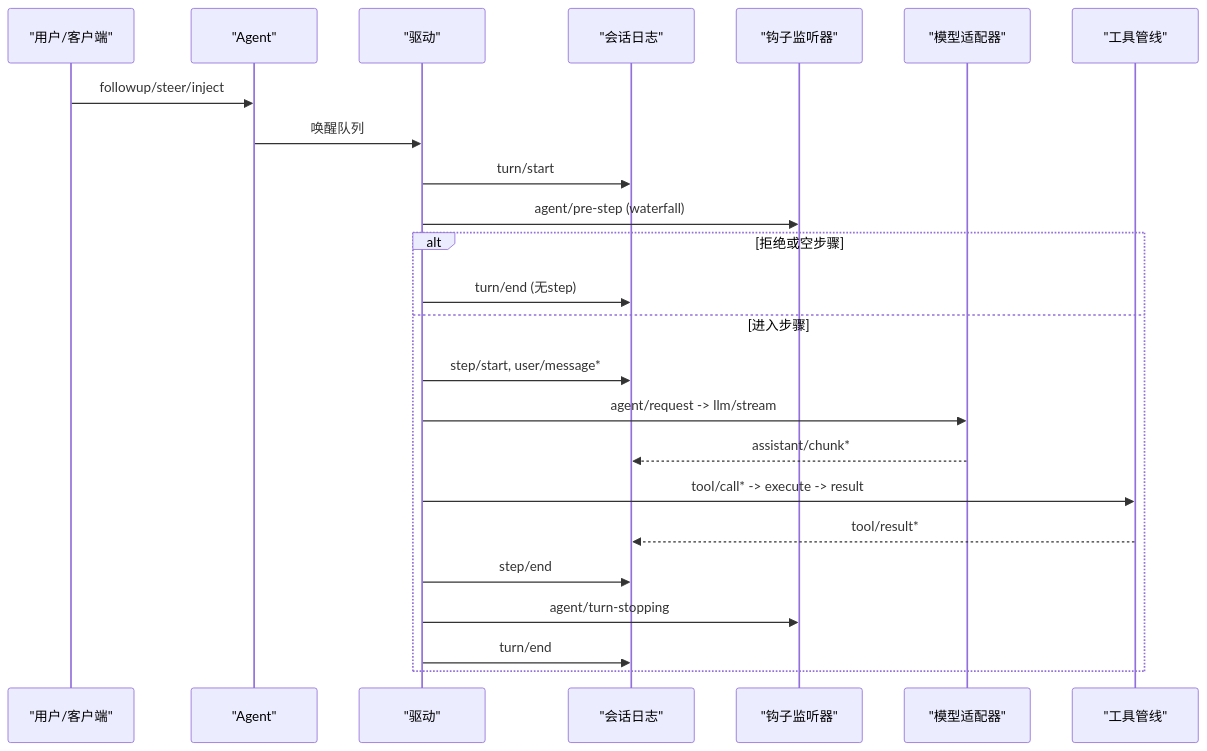
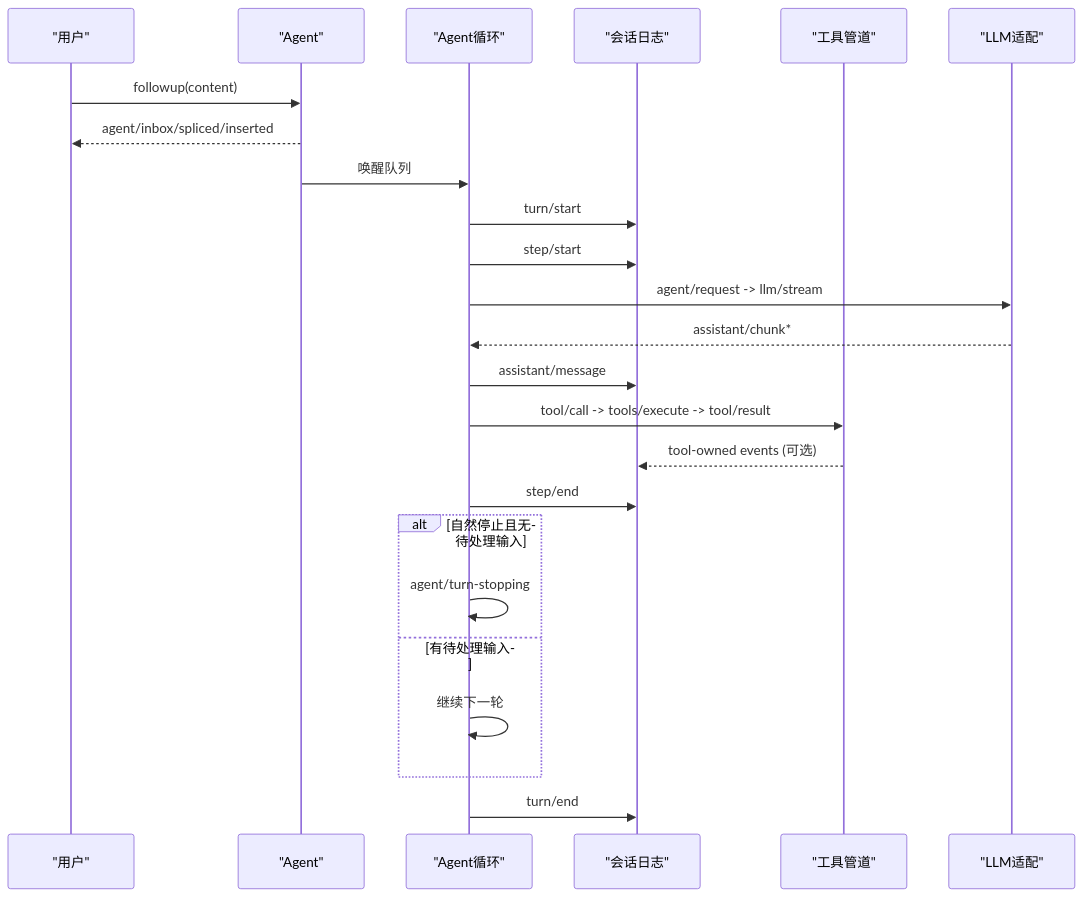
One commit to frendyxzc/deepseek-harness changed the fourth of 8 diagrams in .qoder/repowiki/zh/content/架构设计/架构设计.md. Above: the diagram before and after it, drawn with Mermaid. The commit also changed other lines of this file and 448 other files, not shown here.

````diff
--- a/.qoder/repowiki/zh/content/架构设计/架构设计.md
+++ b/.qoder/repowiki/zh/content/架构设计/架构设计.md
@@ -171,26 +165,26 @@
 ```mermaid
 sequenceDiagram
-participant User as "用户/客户端"
+participant User as "用户"
 participant Agent as "Agent"
-participant Driver as "驱动"
+participant Driver as "Agent循环"
 participant Session as "会话日志"
-participant Hooks as "钩子监听器"
-participant LLM as "模型适配器"
-participant Tools as "工具管线"
-User->>Agent : followup/steer/inject
+participant Tools as "工具管道"
+participant LLM as "LLM适配"
+User->>Agent : followup(content)
+Agent-->>User : agent/inbox/spliced/inserted
 Agent->>Driver : 唤醒队列
 Driver->>Session : turn/start
-Driver->>Hooks : agent/pre-step (waterfall)
-alt 拒绝或空步骤
-Driver->>Session : turn/end (无step)
-else 进入步骤
-Driver->>Session : step/start, user/message*
+Driver->>Session : step/start
 Driver->>LLM : agent/request -> llm/stream
-LLM-->>Session : assistant/chunk*
-Driver->>Tools : tool/call* -> execute -> result
-Tools-->>Session : tool/result*
+LLM-->>Driver : assistant/chunk*
+Driver->>Session : assistant/message
+Driver->>Tools : tool/call -> tools/execute -> tool/result
+Tools-->>Session : tool-owned events (可选)
 Driver->>Session : step/end
-Driver->>Hooks : agent/turn-stopping
+alt 自然停止且无待处理输入
+Driver->>Driver : agent/turn-stopping
+else 有待处理输入
+Driver->>Driver : 继续下一轮
+end
 Driver->>Session : turn/end
-end
 ```
````
